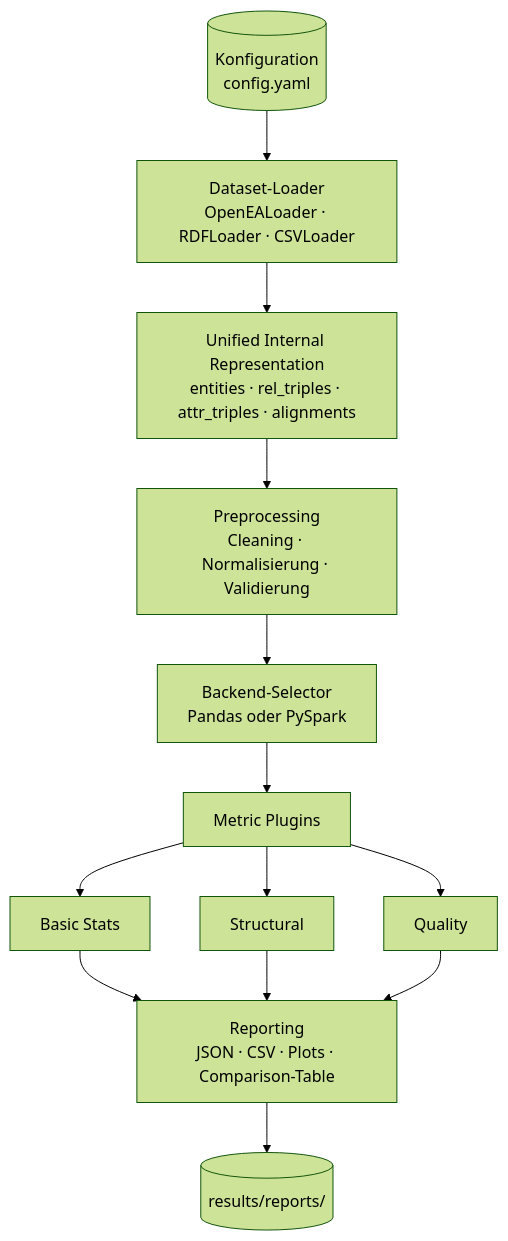
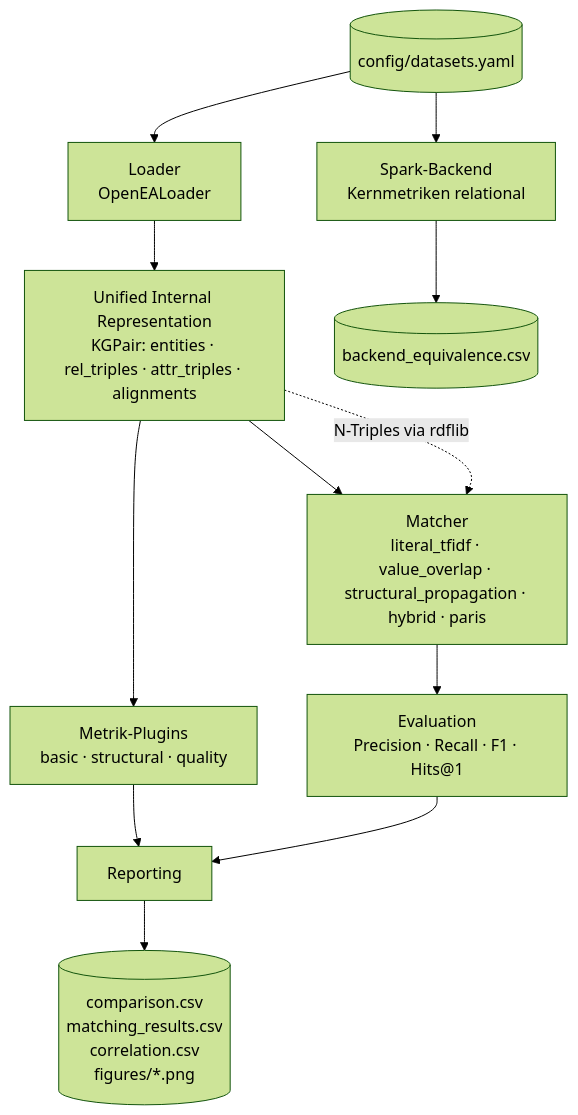
Before and after one commit to aischesp/Evaluation-of-Data-Integration-Benchmark-Datasets-for-Knowledge-Graphs: the diagram in docs/Architektur.md, drawn with Mermaid (forest theme). The commit also changed other lines of this file and 92 other files, not shown here.

First line of the commit message:
Implementierung fuer Testat 2: Matcher, Metriken, Spark-Backend, Auswertung

````diff
--- a/docs/Architektur.md
+++ b/docs/Architektur.md
@@ -17,17 +18,14 @@
 ```mermaid
 flowchart TB
-    A[(Konfiguration<br/>config.yaml)] --> B
-    B[Dataset-Loader<br/>OpenEALoader · RDFLoader · CSVLoader] --> C
-    C[Unified Internal Representation<br/>entities · rel_triples · attr_triples · alignments]
-    C --> D[Preprocessing<br/>Cleaning · Normalisierung · Validierung]
-    D --> E[Backend-Selector<br/>Pandas oder PySpark]
-    E --> F[Metric Plugins]
-    F --> F1[Basic Stats]
-    F --> F2[Structural]
-    F --> F3[Quality]
-    F1 --> G
-    F2 --> G
-    F3 --> G
-    G[Reporting<br/>JSON · CSV · Plots · Comparison-Table]
-    G --> H[(results/reports/)]
+    A[(config/datasets.yaml)] --> B[Loader<br/>OpenEALoader]
+    B --> C[Unified Internal Representation<br/>KGPair: entities · rel_triples · attr_triples · alignments]
+    C --> D[Metrik-Plugins<br/>basic · structural · quality]
+    C --> E[Matcher<br/>literal_tfidf · value_overlap · structural_propagation · hybrid · paris]
+    E --> F[Evaluation<br/>Precision · Recall · F1 · Hits@1]
+    D --> G[Reporting]
+    F --> G
+    G --> H[(comparison.csv<br/>matching_results.csv<br/>correlation.csv<br/>figures/*.png)]
+    C -.N-Triples via rdflib.-> E
+    A --> I[Spark-Backend<br/>Kernmetriken relational]
+    I --> J[(backend_equivalence.csv)]
 ```
````
